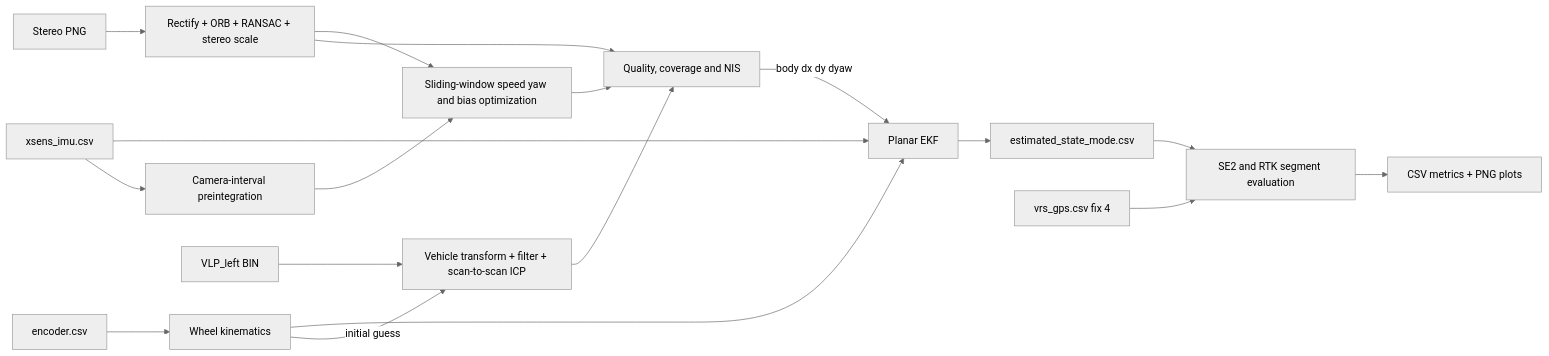
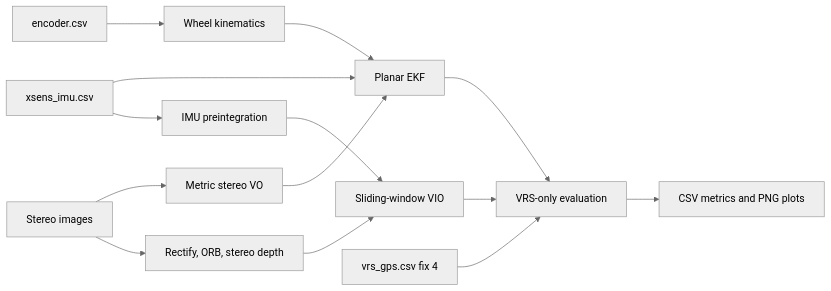
Before and after one commit to ruslanbredun-rob/sensors_course_capstone: the diagram in docs/architecture.md, drawn with Mermaid (neutral theme). The commit also changed other lines of this file and 2 other files, not shown here.

Commit message:
Document feature-level VIO architecture

````diff
--- a/docs/architecture.md
+++ b/docs/architecture.md
@@ -29,23 +17,18 @@
 ```mermaid
 flowchart LR
-    ENC[encoder.csv] --> W[Wheel kinematics]
+    ENC[encoder.csv] --> WK[Wheel kinematics]
     IMU[xsens_imu.csv] --> EKF[Planar EKF]
-    W --> EKF
+    WK --> EKF
+    CAM[Stereo images] --> VO[Metric stereo VO]
+    VO --> EKF
 
-    CAM[Stereo PNG] --> VO[Rectify + ORB + RANSAC + stereo scale]
-    IMU --> PRE[Camera-interval preintegration]
-    VO --> VIO[Sliding-window speed yaw and bias optimization]
-    PRE --> VIO
-    VLP[VLP_left BIN] --> LO[Vehicle transform + filter + scan-to-scan ICP]
-    W -->|initial guess| LO
+    CAM --> FEAT[Rectify, ORB, stereo depth]
+    IMU --> PRE[IMU preintegration]
+    FEAT --> WIN[Sliding-window VIO]
+    PRE --> WIN
 
-    VO --> GATE[Quality, coverage and NIS]
-    VIO --> GATE
-    LO --> GATE
-    GATE -->|body dx dy dyaw| EKF
-
-    EKF --> STATE[estimated_state_mode.csv]
-    STATE --> EVAL[SE2 and RTK segment evaluation]
-    VRS[vrs_gps.csv fix 4] --> EVAL
-    EVAL --> OUT[CSV metrics + PNG plots]
+    EKF --> EVAL[VRS-only evaluation]
+    WIN --> EVAL
+    GPS[vrs_gps.csv fix 4] --> EVAL
+    EVAL --> OUT[CSV metrics and PNG plots]
 ```
````
